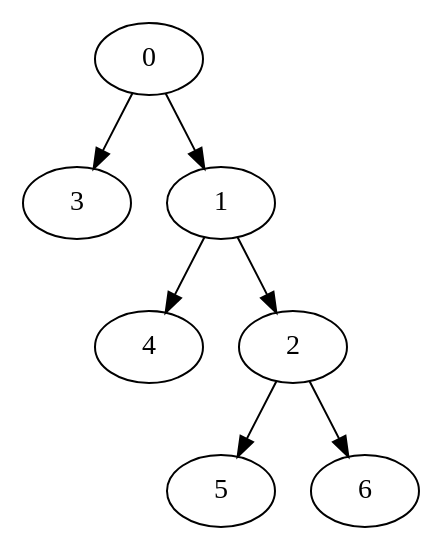
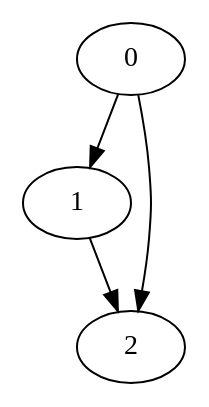
The diagram in models/output_hyperset/sistema.dot (rocio-perez-sbarato/strangelooplab), drawn with Graphviz before and after one commit. The commit also changed 3 other files, not shown here.

```diff
--- a/models/output_hyperset/sistema.dot
+++ b/models/output_hyperset/sistema.dot
@@ -1,8 +1,5 @@
 digraph G {
-  0 -> 3;
   0 -> 1;
-  1 -> 4;
+  0 -> 2;
   1 -> 2;
-  2 -> 5;
-  2 -> 6;
 }
```
